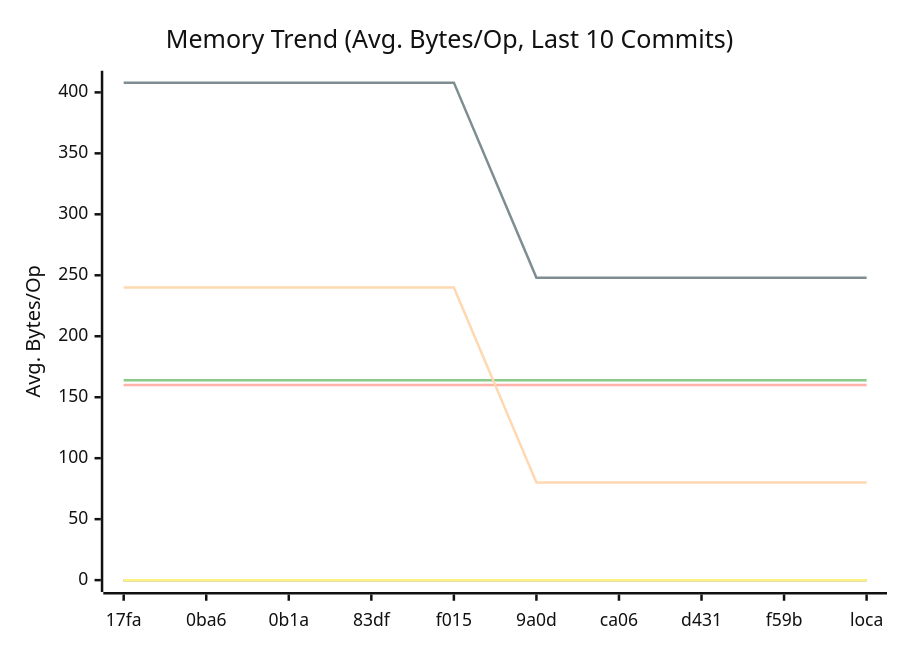
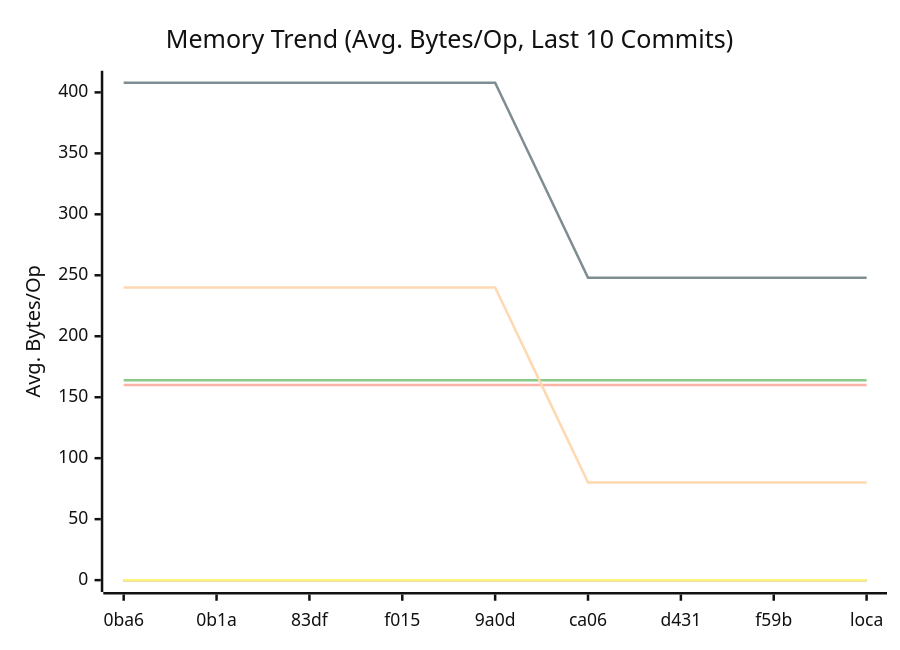
The second of 3 diagrams in docs/PERFORMANCE.md (alsotoes/momo), drawn with Mermaid (neutral theme) before and after one commit. The commit also changed other lines of this file and 3 other files, not shown here.

````diff
--- a/docs/PERFORMANCE.md
+++ b/docs/PERFORMANCE.md
@@ -97,16 +97,16 @@
 ```mermaid
 xychart-beta
     title "Memory Trend (Avg. Bytes/Op, Last 10 Commits)"
     x-axis "Commit"
     y-axis "Avg. Bytes/Op"
-    x-axis [17fa,0ba6,0b1a,83df,f015,9a0d,ca06,d431,f59b,loca]
+    x-axis [0ba6,0b1a,83df,f015,9a0d,ca06,d431,f59b,loca]
     line "CheckMetricsAndSwap" [0,0,0,0,0,0,0,0,0,0]
     line "CrushOptimized" [0,0,0,0,0,0,0,0,0,0]
     line "CrushOriginal" [164,164,164,164,164,164,164,164,164,164]
     line "IndexDirectTracking" [0,0,0,0,0,0,0,0,0,0]
     line "IndexSearch" [0,0,0,0,0,0,0,0,0,0]
     line "LoadGlobalConfig" [160,160,160,160,160,160,160,160,160,160]
     line "PadString" [0,0,0,0,0,0,0,0,0,0]
     line "ParseReplicationOrder_NoPrealloc" [408,408,408,408,408,248,248,248,248,248]
     line "ParseReplicationOrder_Prealloc" [240,240,240,240,240,80,80,80,80,80]
 ```
````
